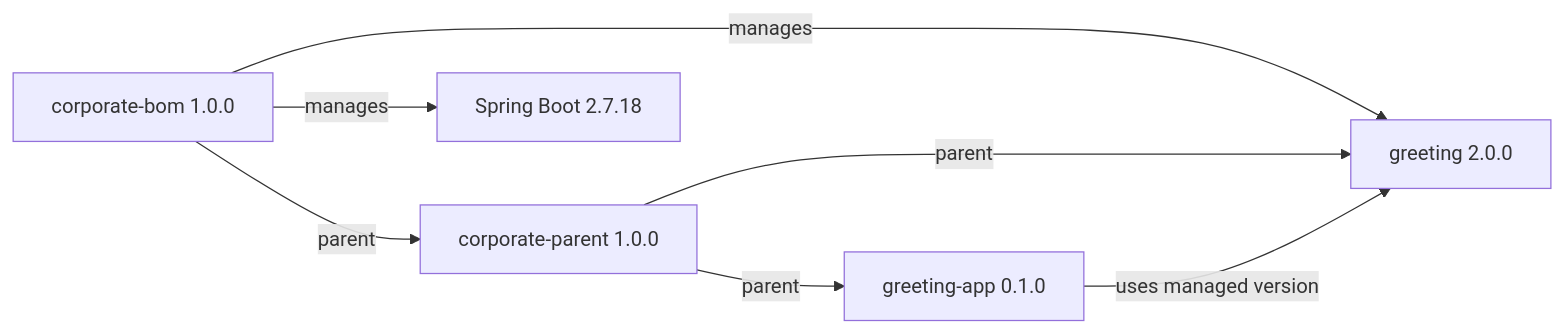
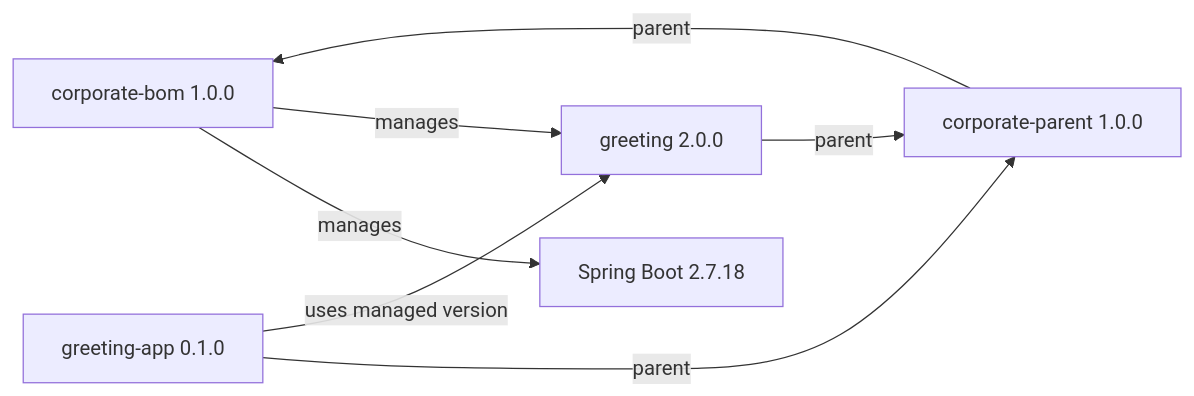
One commit to IAAA-Lab/maven-corporate-pom changed the second of 9 diagrams in README.md. Above: the diagram before and after it, drawn with Mermaid. The commit also changed other lines of this file and 10 other files, not shown here.

````diff
--- a/README.md
+++ b/README.md
@@ -154,15 +160,15 @@
 ```mermaid
 flowchart LR
     bom["corporate-bom 1.0.0"]
     parent["corporate-parent 1.0.0"]
     boot["Spring Boot 2.7.18"]
     library["greeting 2.0.0"]
     product["greeting-app 0.1.0"]
 
-    bom -->|"parent"| parent
+    parent -->|"parent"| bom
     bom -->|"manages"| boot
     bom -->|"manages"| library
-    parent -->|"parent"| library
-    parent -->|"parent"| product
+    library -->|"parent"| parent
+    product -->|"parent"| parent
     product -->|"uses managed version"| library
 ```
````
